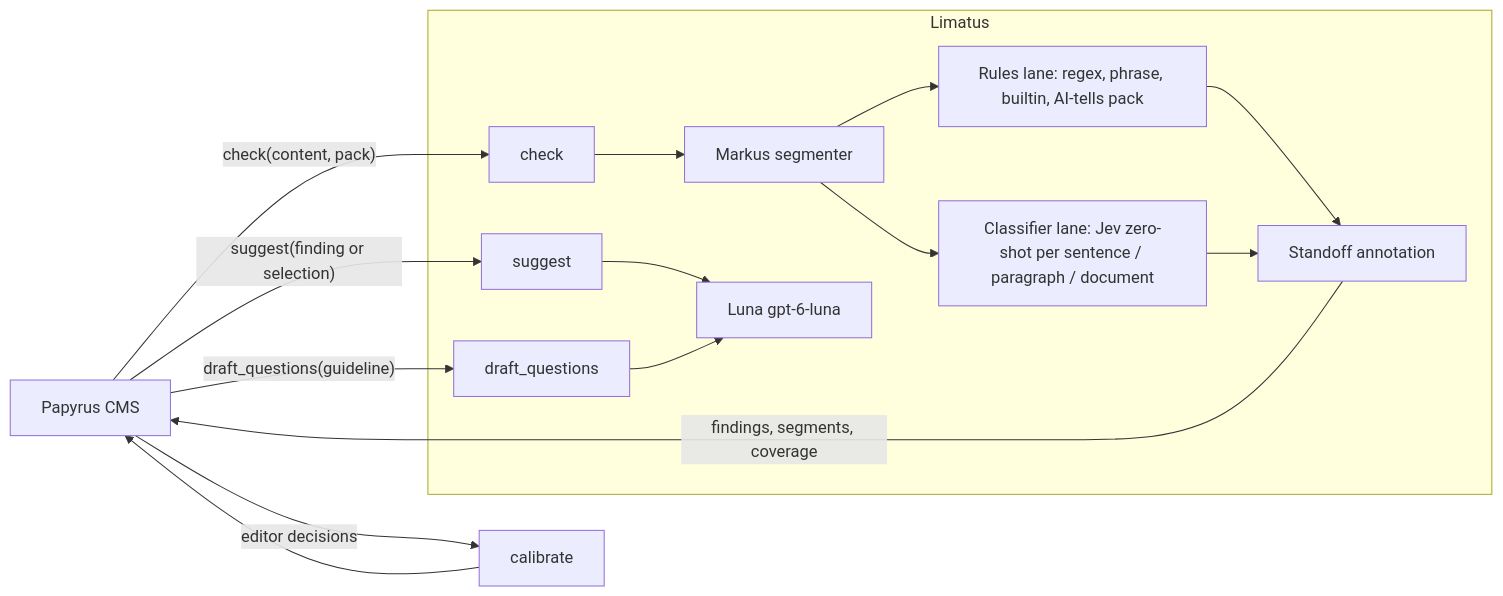
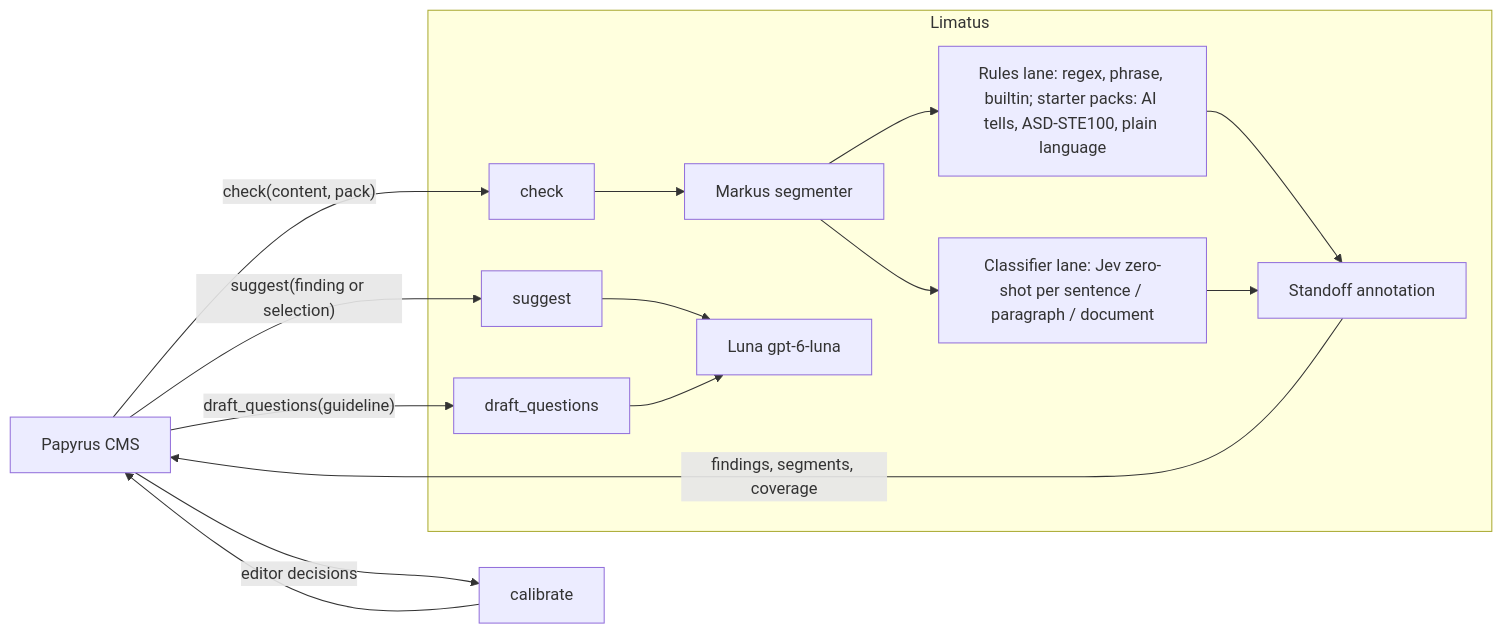
One commit to AnthusAI/Humanus changed the diagram in project/wiki/editorial-compliance-engine.md. Above: the diagram before and after it, drawn with Mermaid. The commit also changed 27 other files, not shown here.

First line of the commit message:
feat: ASD-STE100 and Federal Plain Language starter packs (#49)

````diff
--- a/project/wiki/editorial-compliance-engine.md
+++ b/project/wiki/editorial-compliance-engine.md
@@ -30,17 +30,17 @@
 ```mermaid
 flowchart LR
   cms[Papyrus CMS] -- "check(content, pack)" --> check
   subgraph Limatus
     check[check] --> seg[Markus segmenter]
-    seg --> rules[Rules lane: regex, phrase, builtin, AI-tells pack]
+    seg --> rules[Rules lane: regex, phrase, builtin; starter packs: AI tells, ASD-STE100, plain language]
     seg --> jev[Classifier lane: Jev zero-shot per sentence / paragraph / document]
     rules --> result[Standoff annotation]
     jev --> result
     suggest[suggest] --> luna[Luna gpt-6-luna]
     draft[draft_questions] --> luna
   end
   result -- findings, segments, coverage --> cms
   cms -- "suggest(finding or selection)" --> suggest
   cms -- "draft_questions(guideline)" --> draft
   cms -- editor decisions --> calib[calibrate] --> cms
 ```
````
